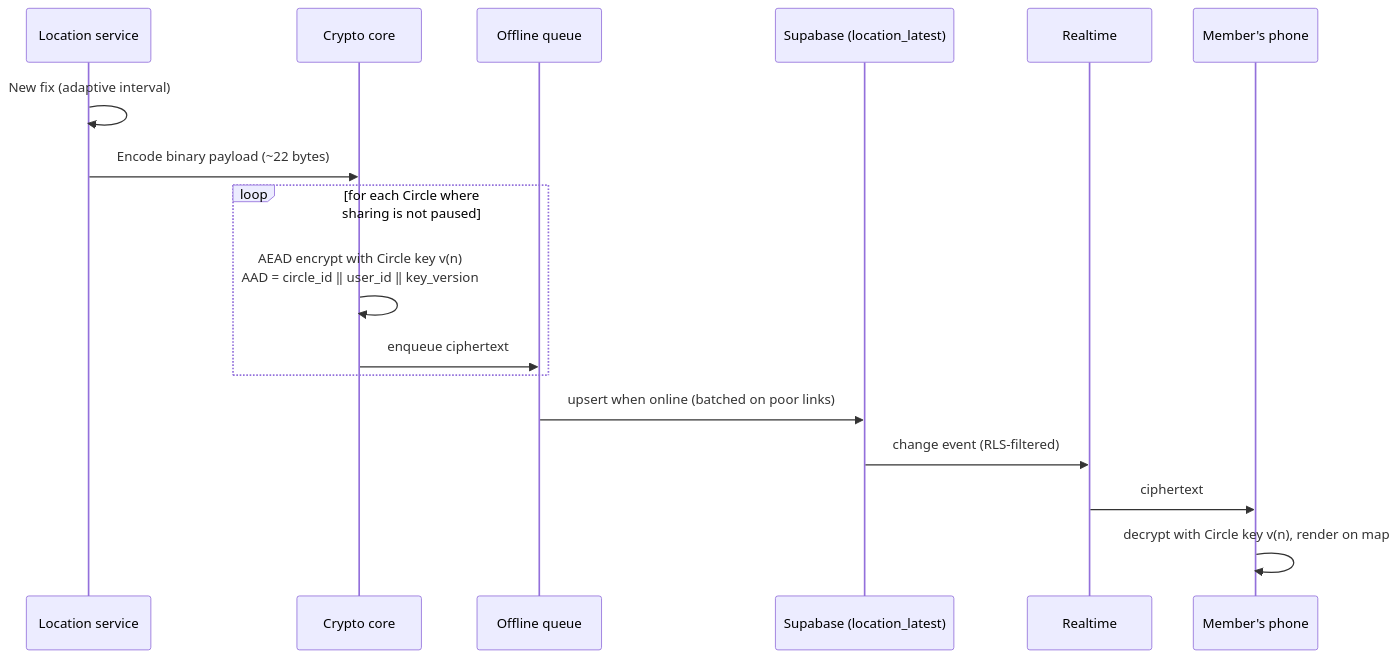
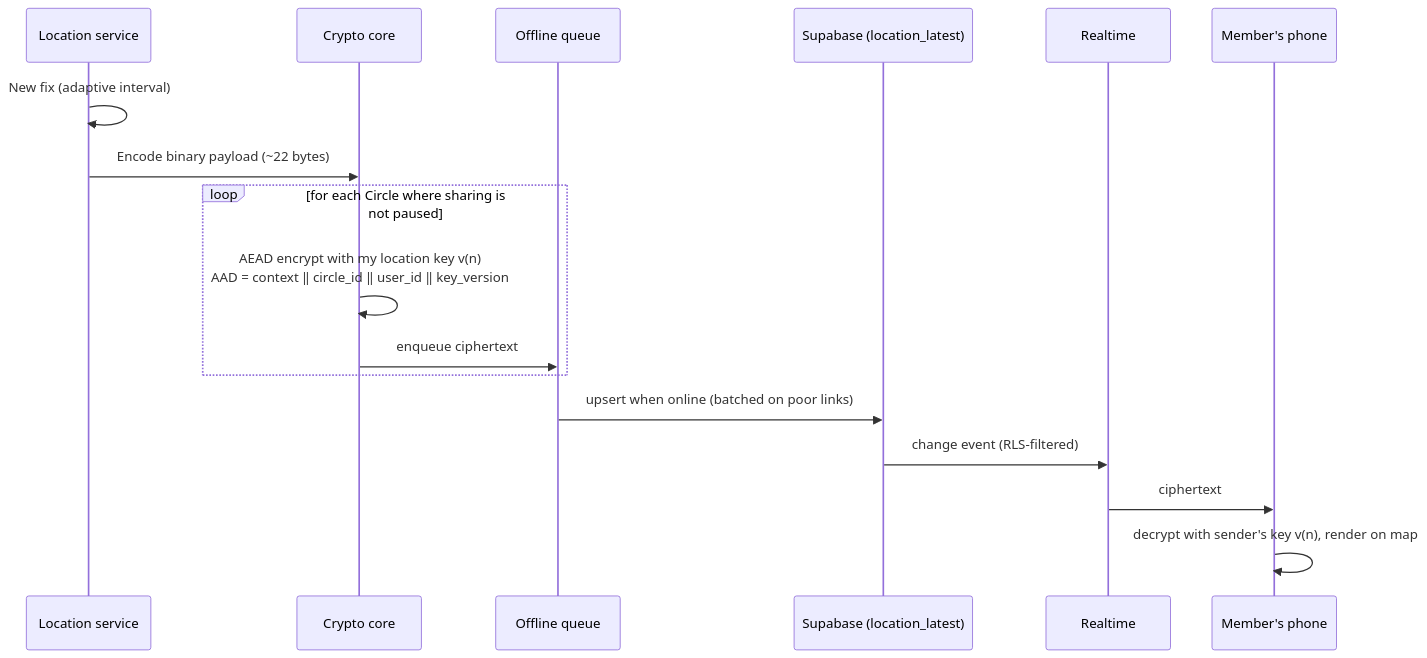
One commit to 1ungaka/AfriSafety changed the second of 3 diagrams in docs/architecture.md. Above: the diagram before and after it, drawn with Mermaid. The commit also changed other lines of this file and 6 other files, not shown here.

````diff
--- a/docs/architecture.md
+++ b/docs/architecture.md
@@ -172,20 +181,20 @@
 ```mermaid
 sequenceDiagram
   participant L as Location service
   participant C as Crypto core
   participant Q as Offline queue
   participant S as Supabase (location_latest)
   participant R as Realtime
   participant M as Member's phone
 
   L->>L: New fix (adaptive interval)
   L->>C: Encode binary payload (~22 bytes)
   loop for each Circle where sharing is not paused
-    C->>C: AEAD encrypt with Circle key v(n)<br/>AAD = circle_id ‖ user_id ‖ key_version
+    C->>C: AEAD encrypt with my location key v(n)<br/>AAD = context ‖ circle_id ‖ user_id ‖ key_version
     C->>Q: enqueue ciphertext
   end
   Q->>S: upsert when online (batched on poor links)
   S->>R: change event (RLS-filtered)
   R->>M: ciphertext
-  M->>M: decrypt with Circle key v(n), render on map
+  M->>M: decrypt with sender's key v(n), render on map
 ```
````
